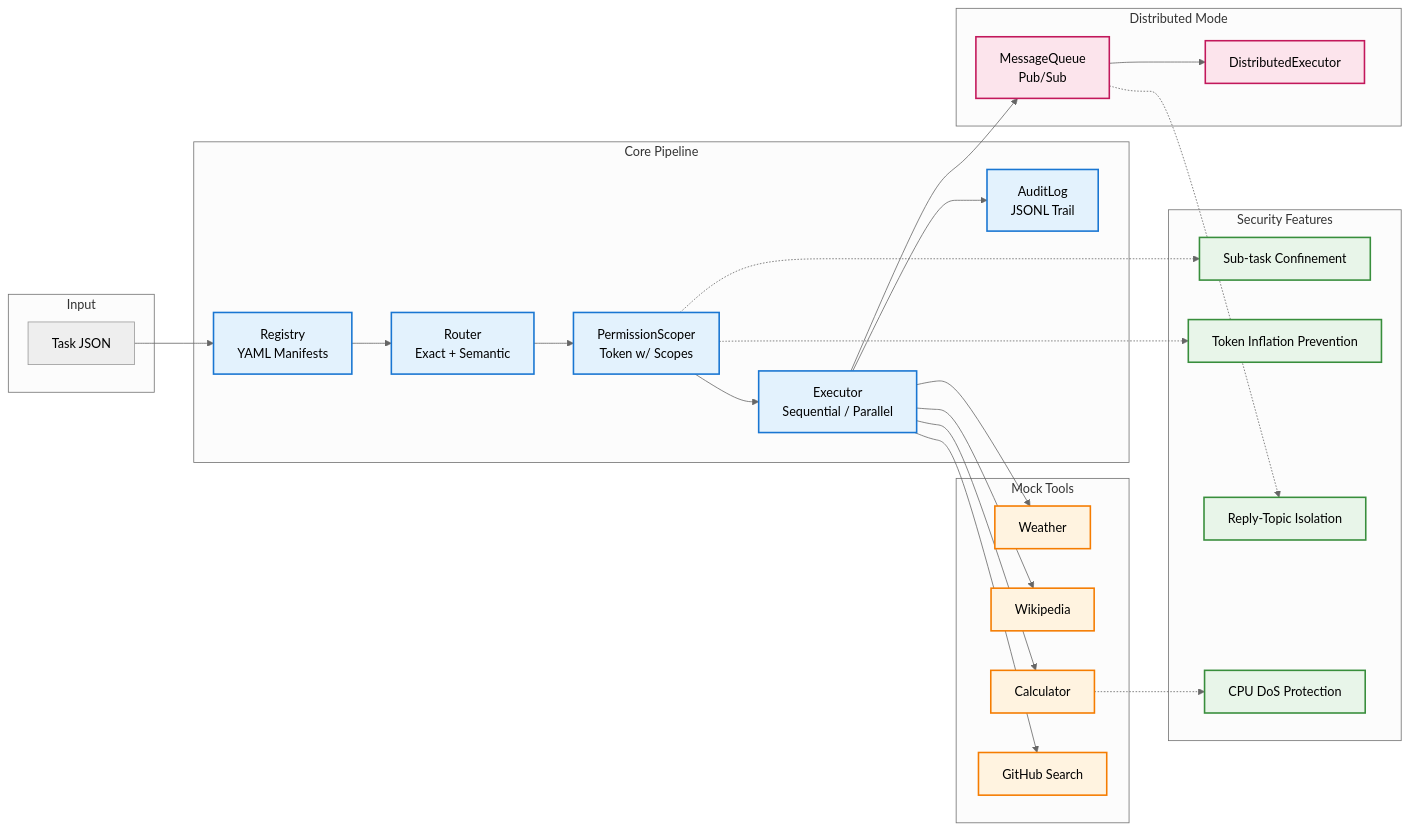
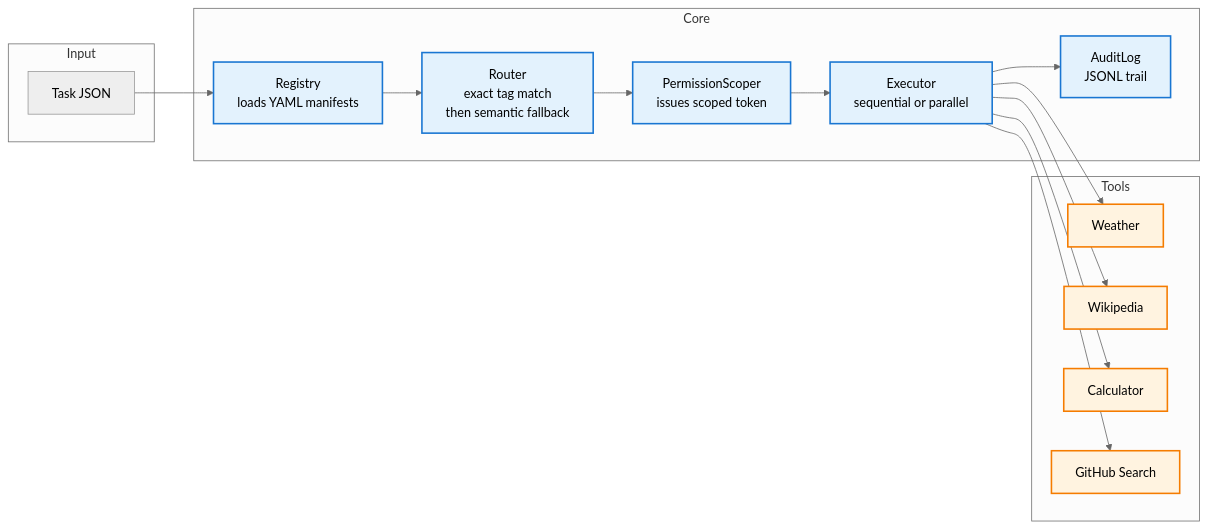
The first of 3 diagrams in README.md (Bappaditya-kuilya/Multi-tool_Orchestrator_Agent), drawn with Mermaid (neutral theme) before and after one commit. The commit also changed other lines of this file, not shown here.

Commit message:
docs: rewrite README - cut AI slop, add focused mermaid diagrams

````diff
--- a/README.md
+++ b/README.md
@@ -33,53 +40,31 @@
 ```mermaid
 flowchart LR
     subgraph Input
         A[Task JSON]
     end
-    
-    subgraph Core["Core Pipeline"]
-        B[Registry<br/>YAML Manifests]
-        C[Router<br/>Exact + Semantic]
-        D[PermissionScoper<br/>Token w/ Scopes]
-        E[Executor<br/>Sequential / Parallel]
-        F[AuditLog<br/>JSONL Trail]
+
+    subgraph Core
+        B[Registry<br/>loads YAML manifests]
+        C[Router<br/>exact tag match<br/>then semantic fallback]
+        D[PermissionScoper<br/>issues scoped token]
+        E[Executor<br/>sequential or parallel]
+        F[AuditLog<br/>JSONL trail]
     end
-    
-    subgraph Tools["Mock Tools"]
+
+    subgraph Tools
         G1[Weather]
         G2[Wikipedia]
         G3[Calculator]
         G4[GitHub Search]
     end
-    
-    subgraph Distributed["Distributed Mode"]
-        H[MessageQueue<br/>Pub/Sub]
-        I[DistributedExecutor]
-    end
-    
-    subgraph Security["Security Features"]
-        J[Sub-task Confinement]
-        K[Token Inflation Prevention]
-        L[Reply-Topic Isolation]
-        M[CPU DoS Protection]
-    end
-    
+
     A --> B --> C --> D --> E
     E --> F
     E --> G1 & G2 & G3 & G4
-    E --> H --> I
-    
-    D -.-> J
-    D -.-> K
-    H -.-> L
-    G3 -.-> M
-    
+
     classDef core fill:#e3f2fd,stroke:#1976d2,stroke-width:2px;
     classDef tools fill:#fff3e0,stroke:#f57c00,stroke-width:2px;
-    classDef dist fill:#fce4ec,stroke:#c2185b,stroke-width:2px;
-    classDef sec fill:#e8f5e9,stroke:#388e3c,stroke-width:2px;
-    
+
     class B,C,D,E,F core;
     class G1,G2,G3,G4 tools;
-    class H,I dist;
-    class J,K,L,M sec;
 ```
````
